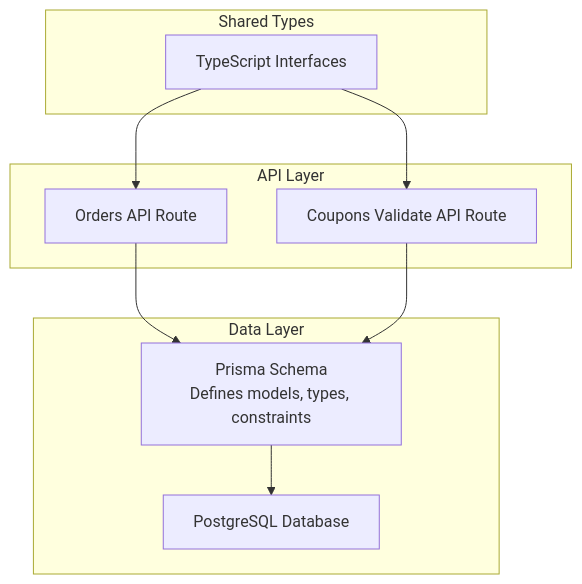
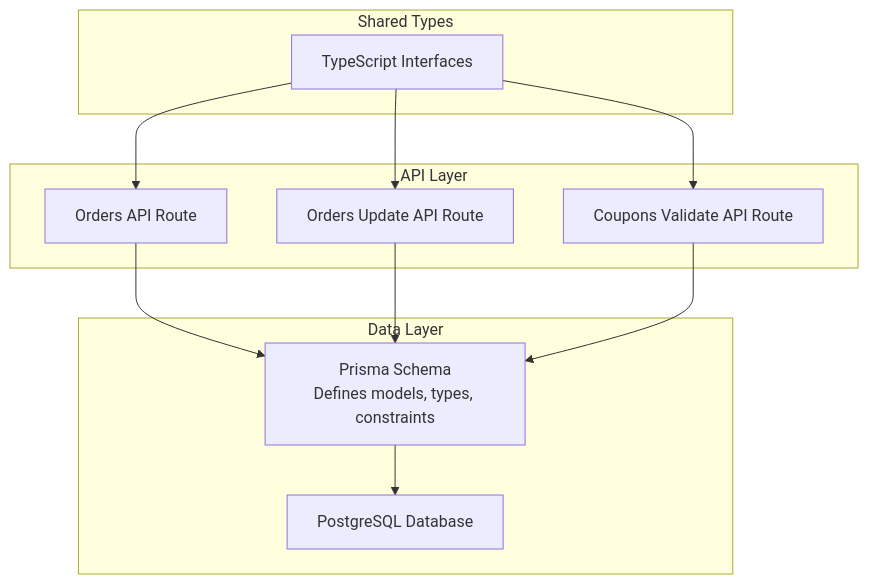
Before and after one commit to Ice-Nao-Eevee/Tera_Work: the first of 4 diagrams in .qoder/repowiki/en/content/Architecture Overview/Backend Architecture/Database Layer/Database Schema Design.md, drawn with Mermaid. The commit also changed other lines of this file and 55 other files, not shown here.

````diff
--- a/.qoder/repowiki/en/content/Architecture Overview/Backend Architecture/Database Layer/Database Schema Design.md
+++ b/.qoder/repowiki/en/content/Architecture Overview/Backend Architecture/Database Layer/Database Schema Design.md
@@ -30,19 +42,22 @@
 ```mermaid
 graph TB
 subgraph "Data Layer"
 PRISMA["Prisma Schema<br/>Defines models, types, constraints"]
 DB["PostgreSQL Database"]
 end
 subgraph "API Layer"
 ORDERS_API["Orders API Route"]
+ORDERS_UPDATE_API["Orders Update API Route"]
 COUPONS_VALIDATE_API["Coupons Validate API Route"]
 end
 subgraph "Shared Types"
 TYPES["TypeScript Interfaces"]
 end
 PRISMA --> DB
 ORDERS_API --> PRISMA
+ORDERS_UPDATE_API --> PRISMA
 COUPONS_VALIDATE_API --> PRISMA
 TYPES --> ORDERS_API
+TYPES --> ORDERS_UPDATE_API
 TYPES --> COUPONS_VALIDATE_API
 ```
````
